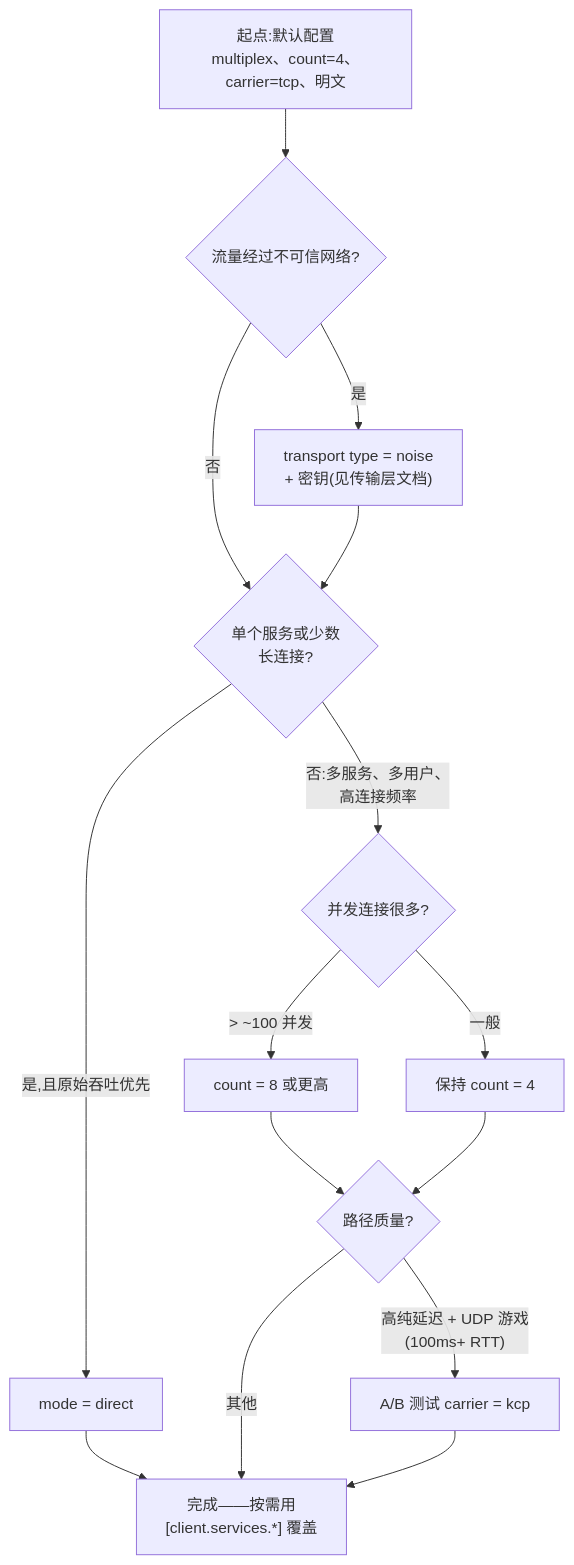
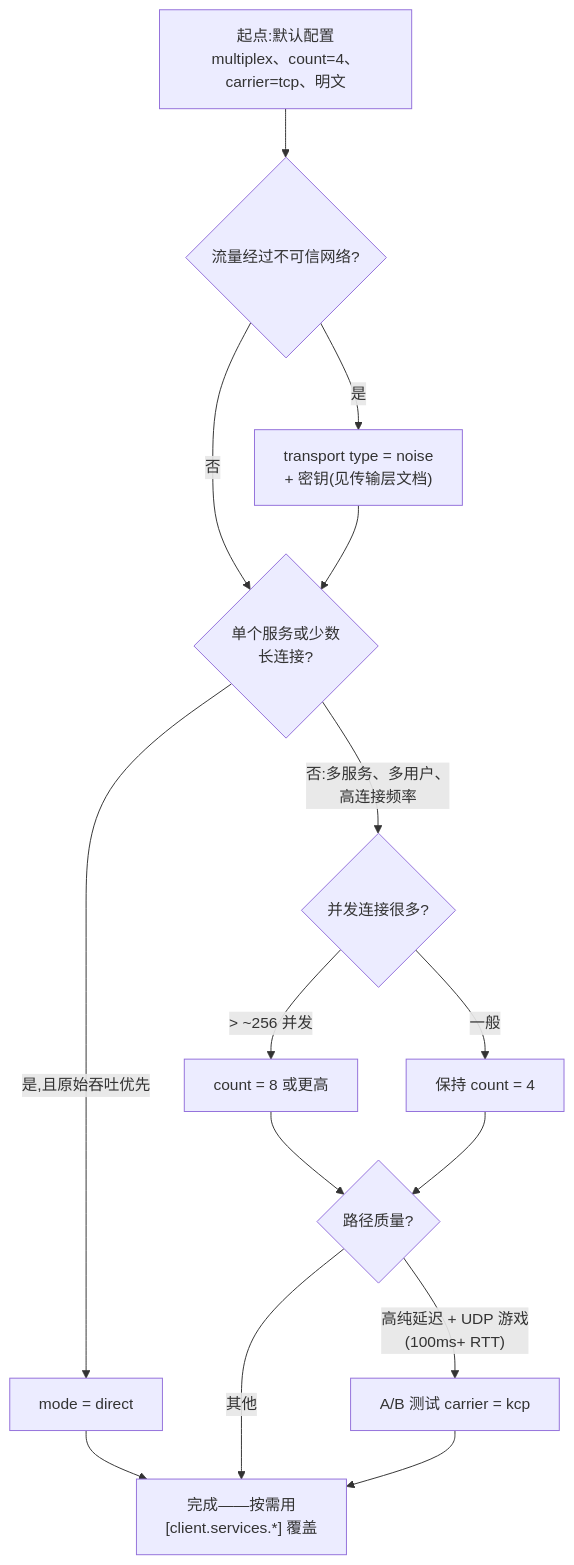
Before and after one commit to NIyueeE/molehill: the diagram in docs/configuration.zh.md, drawn with Mermaid. The commit also changed other lines of this file and 10 other files, not shown here.

````diff
--- a/docs/configuration.zh.md
+++ b/docs/configuration.zh.md
@@ -87,17 +91,17 @@
 ```mermaid
 flowchart TD
     A["起点:默认配置<br/>multiplex、count=4、carrier=tcp、明文"] --> B{"流量经过不可信网络?"}
     B -- 是 --> C["transport type = noise<br/>+ 密钥(见传输层文档)"]
     B -- 否 --> D{"单个服务或少数<br/>长连接?"}
     C --> D
     D -- "是,且原始吞吐优先" --> E["mode = direct"]
     D -- "否:多服务、多用户、<br/>高连接频率" --> F{"并发连接很多?"}
     E --> Z["完成——按需用<br/>[client.services.*] 覆盖"]
-    F -- "> ~100 并发" --> G["count = 8 或更高"]
+    F -- "> ~256 并发" --> G["count = 8 或更高"]
     F -- 一般 --> H["保持 count = 4"]
     G --> I{"路径质量?"}
     H --> I
     I -- "高纯延迟 + UDP 游戏<br/>(100ms+ RTT)" --> J["A/B 测试 carrier = kcp"]
     I -- 其他 --> Z
     J --> Z
 ```
````
